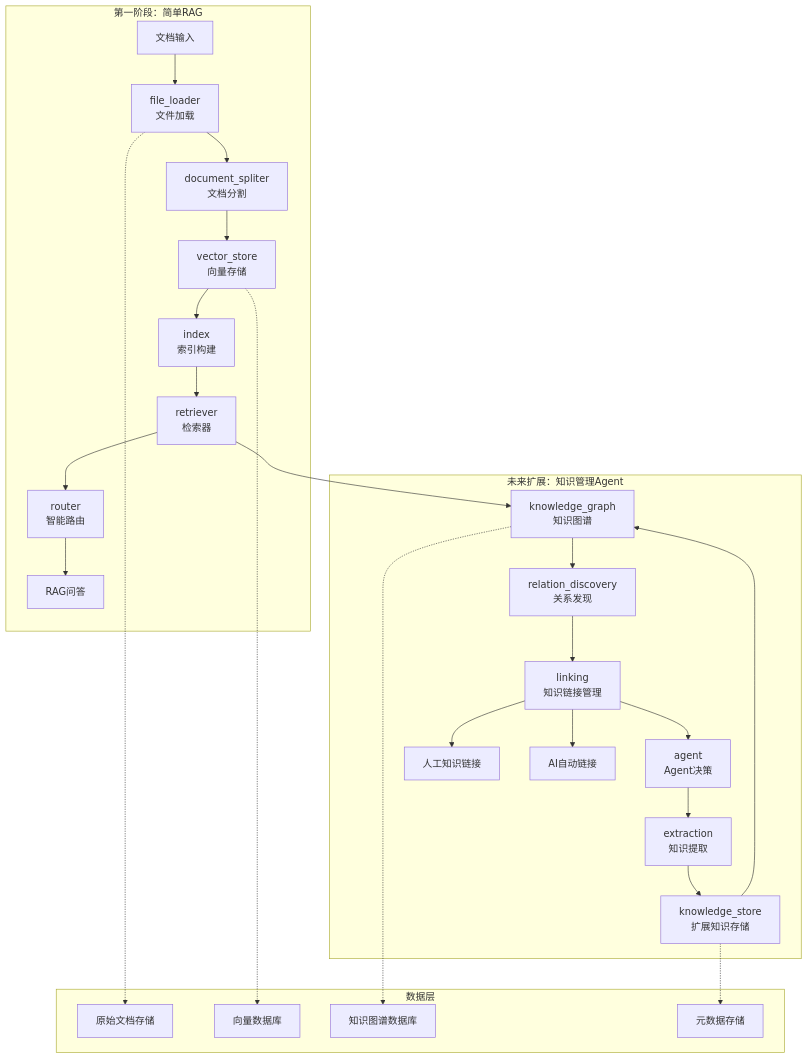
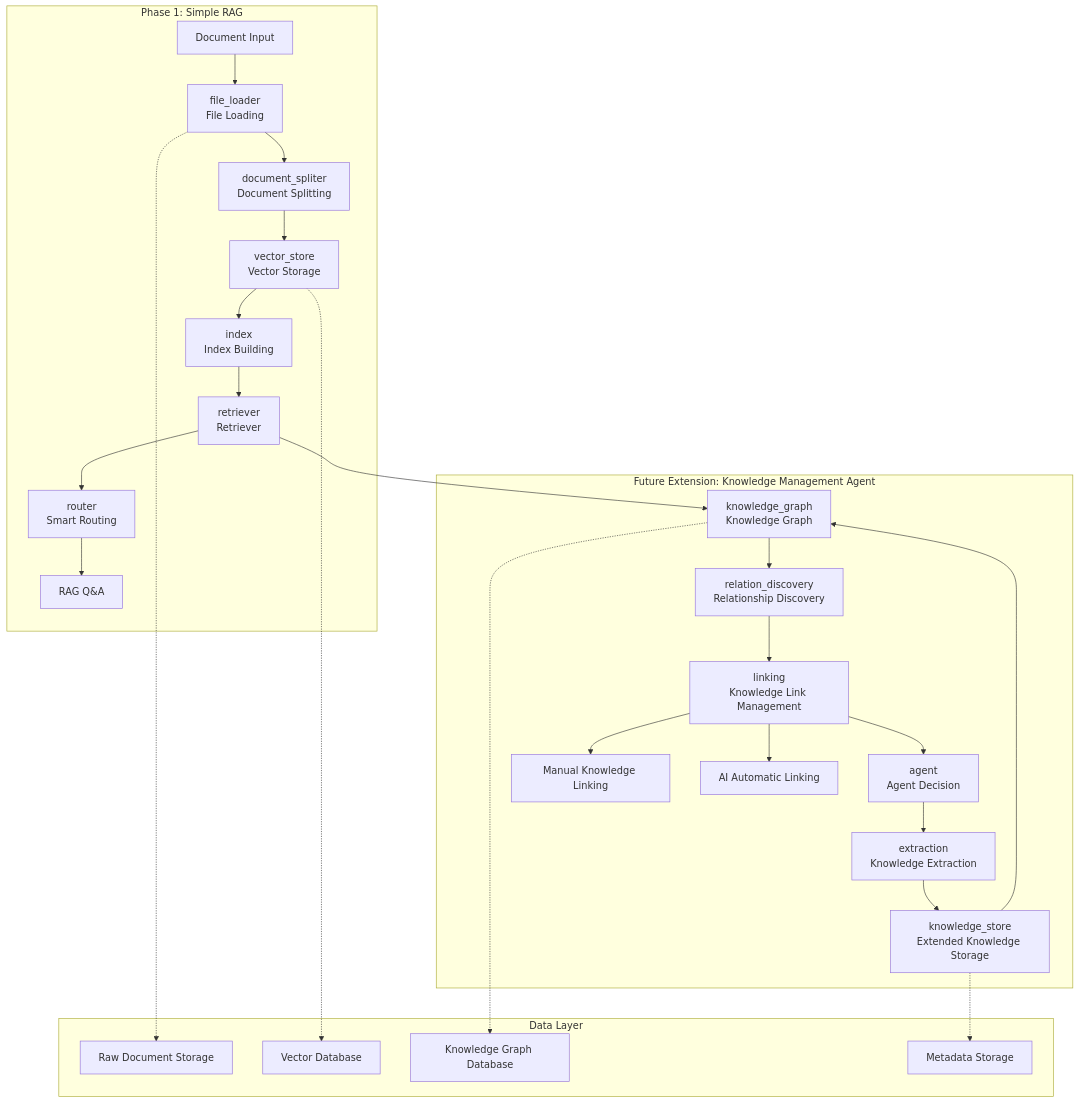
One commit to guangtouwangba/weaver changed the diagram in roadmap.md. Above: the diagram before and after it, drawn with Mermaid. The commit also changed other lines of this file and 27 other files, not shown here.

````diff
--- a/roadmap.md
+++ b/roadmap.md
@@ -30,37 +30,37 @@
 ```mermaid
 graph TB
-    subgraph "第一阶段：简单RAG"
-        A[文档输入] --> B[file_loader<br/>文件加载]
-        B --> C[document_spliter<br/>文档分割]
-        C --> D[vector_store<br/>向量存储]
-        D --> E[index<br/>索引构建]
-        E --> F[retriever<br/>检索器]
-        F --> G[router<br/>智能路由]
-        G --> H[RAG问答]
+    subgraph "Phase 1: Simple RAG"
+        A[Document Input] --> B[file_loader<br/>File Loading]
+        B --> C[document_spliter<br/>Document Splitting]
+        C --> D[vector_store<br/>Vector Storage]
+        D --> E[index<br/>Index Building]
+        E --> F[retriever<br/>Retriever]
+        F --> G[router<br/>Smart Routing]
+        G --> H[RAG Q&A]
     end
     
-    subgraph "未来扩展：知识管理Agent"
-        I[knowledge_graph<br/>知识图谱] --> J[relation_discovery<br/>关系发现]
-        J --> K[linking<br/>知识链接管理]
-        K --> L[agent<br/>Agent决策]
-        L --> M[extraction<br/>知识提取]
+    subgraph "Future Extension: Knowledge Management Agent"
+        I[knowledge_graph<br/>Knowledge Graph] --> J[relation_discovery<br/>Relationship Discovery]
+        J --> K[linking<br/>Knowledge Link Management]
+        K --> L[agent<br/>Agent Decision]
+        L --> M[extraction<br/>Knowledge Extraction]
         
-        N[knowledge_store<br/>扩展知识存储] --> I
+        N[knowledge_store<br/>Extended Knowledge Storage] --> I
         F --> I
         M --> N
-        K --> O[人工知识链接]
-        K --> P[AI自动链接]
+        K --> O[Manual Knowledge Linking]
+        K --> P[AI Automatic Linking]
     end
     
-    subgraph "数据层"
-        Q[原始文档存储]
-        R[向量数据库]
-        S[知识图谱数据库]
-        T[元数据存储]
+    subgraph "Data Layer"
+        Q[Raw Document Storage]
+        R[Vector Database]
+        S[Knowledge Graph Database]
+        T[Metadata Storage]
     end
     
     B -.-> Q
     D -.-> R
     I -.-> S
     N -.-> T
 ```
````
